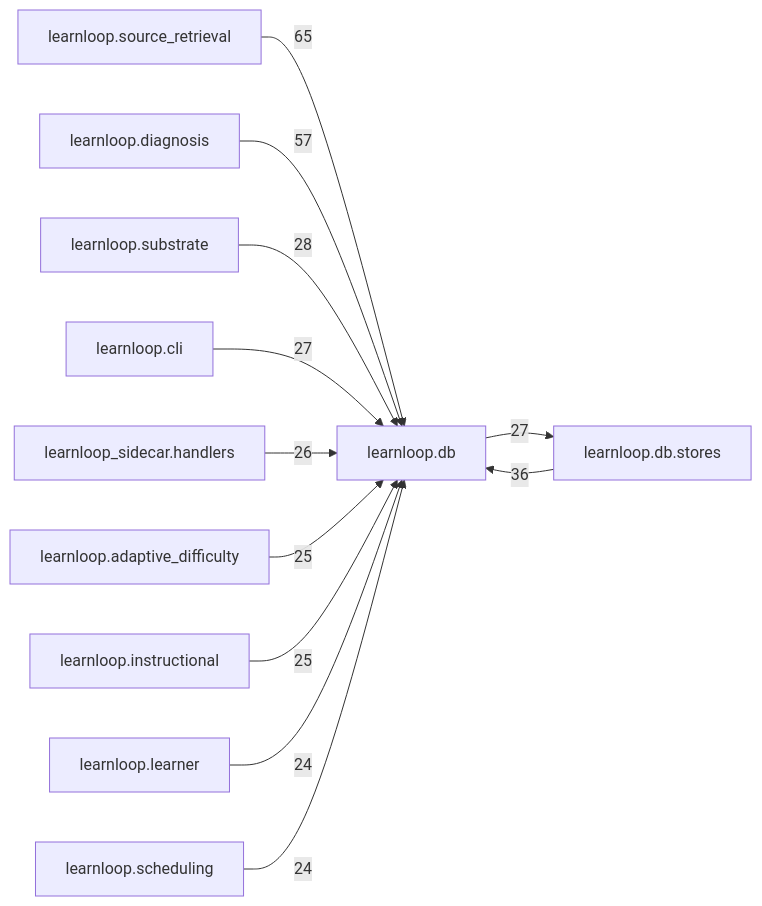
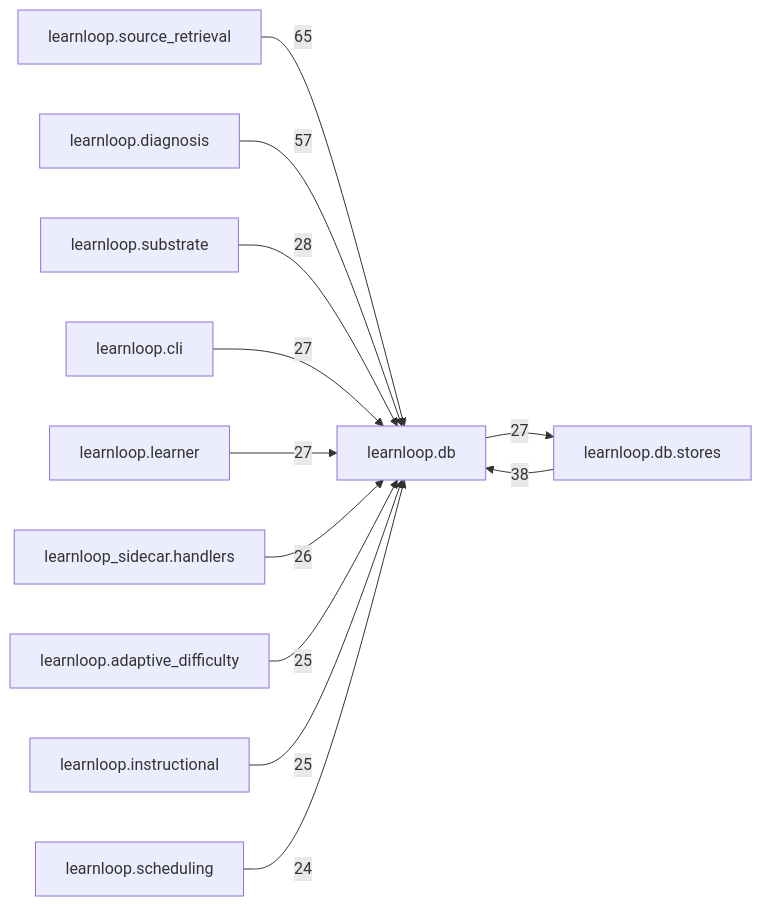
The diagram in docs/learnloop-architecture-vault/Reference/Modules/learnloop/db/_package.md (6up-b/learnanything), drawn with Mermaid before and after one commit. The commit also changed other lines of this file and 44 other files, not shown here.

````diff
--- a/docs/learnloop-architecture-vault/Reference/Modules/learnloop/db/_package.md
+++ b/docs/learnloop-architecture-vault/Reference/Modules/learnloop/db/_package.md
@@ -153,25 +155,25 @@
 ```mermaid
 flowchart LR
     center["learnloop.db"]
+    n_learnloop_db_stores["learnloop.db.stores"]
     n_learnloop_source_retrieval["learnloop.source_retrieval"]
-    n_learnloop_db_stores["learnloop.db.stores"]
     n_learnloop_diagnosis["learnloop.diagnosis"]
     n_learnloop_substrate["learnloop.substrate"]
     n_learnloop_cli["learnloop.cli"]
+    n_learnloop_learner["learnloop.learner"]
     n_learnloop_sidecar_handlers["learnloop_sidecar.handlers"]
     n_learnloop_adaptive_difficulty["learnloop.adaptive_difficulty"]
     n_learnloop_instructional["learnloop.instructional"]
-    n_learnloop_learner["learnloop.learner"]
     n_learnloop_scheduling["learnloop.scheduling"]
+    n_learnloop_db_stores -->|38| center
+    center -->|27| n_learnloop_db_stores
     n_learnloop_source_retrieval -->|65| center
-    n_learnloop_db_stores -->|36| center
-    center -->|27| n_learnloop_db_stores
     n_learnloop_diagnosis -->|57| center
     n_learnloop_substrate -->|28| center
     n_learnloop_cli -->|27| center
+    n_learnloop_learner -->|27| center
     n_learnloop_sidecar_handlers -->|26| center
     n_learnloop_adaptive_difficulty -->|25| center
     n_learnloop_instructional -->|25| center
-    n_learnloop_learner -->|24| center
     n_learnloop_scheduling -->|24| center
 ```
````
